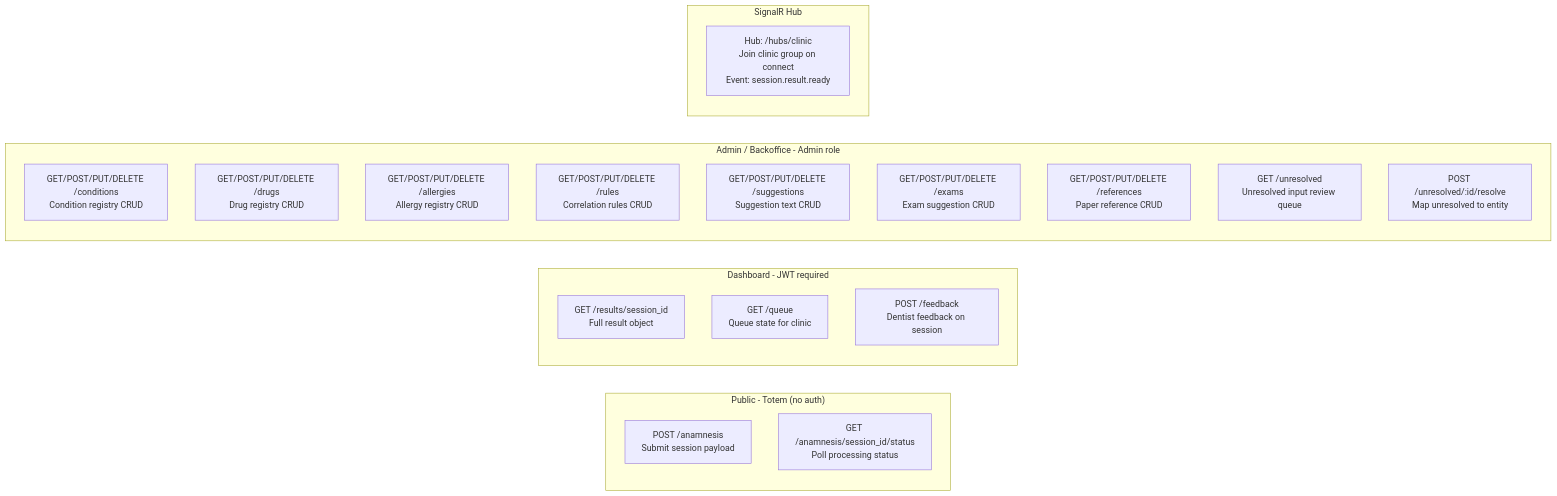
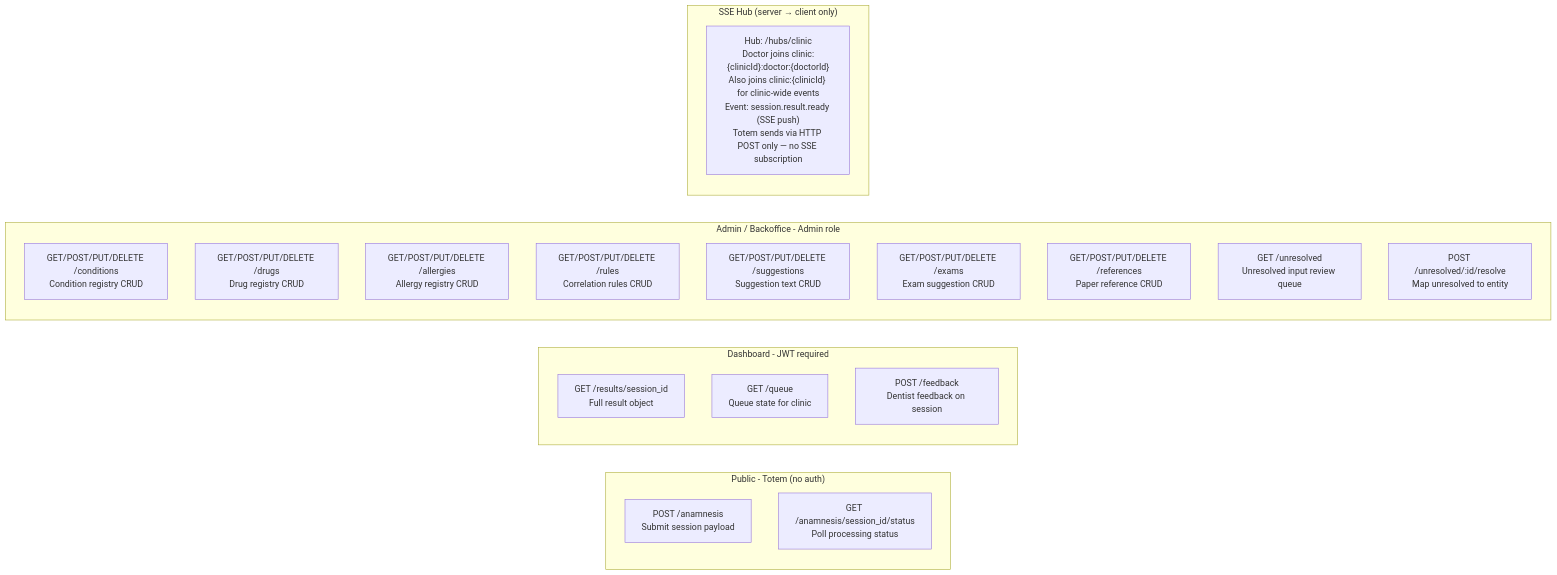
Before and after one commit to bobffortes/IAnamnesis: the third of 9 diagrams in docs/Backend-Alg-Deep-Dive.md, drawn with Mermaid. The commit also changed other lines of this file and 3 other files, not shown here.

Commit message:
docs: update strategies and architecture

````diff
--- a/docs/Backend-Alg-Deep-Dive.md
+++ b/docs/Backend-Alg-Deep-Dive.md
@@ -308,29 +393,29 @@
 ```mermaid
 flowchart LR
   subgraph Public ["Public - Totem (no auth)"]
     P1["POST /anamnesis<br/>Submit session payload"]
     P2["GET /anamnesis/session_id/status<br/>Poll processing status"]
   end
 
   subgraph Dashboard ["Dashboard - JWT required"]
     D1["GET /results/session_id<br/>Full result object"]
     D2["GET /queue<br/>Queue state for clinic"]
     D3["POST /feedback<br/>Dentist feedback on session"]
   end
 
   subgraph Admin ["Admin / Backoffice - Admin role"]
     A1["GET/POST/PUT/DELETE /conditions<br/>Condition registry CRUD"]
     A2["GET/POST/PUT/DELETE /drugs<br/>Drug registry CRUD"]
     A3["GET/POST/PUT/DELETE /allergies<br/>Allergy registry CRUD"]
     A4["GET/POST/PUT/DELETE /rules<br/>Correlation rules CRUD"]
     A5["GET/POST/PUT/DELETE /suggestions<br/>Suggestion text CRUD"]
     A6["GET/POST/PUT/DELETE /exams<br/>Exam suggestion CRUD"]
     A7["GET/POST/PUT/DELETE /references<br/>Paper reference CRUD"]
     A8["GET /unresolved<br/>Unresolved input review queue"]
     A9["POST /unresolved/:id/resolve<br/>Map unresolved to entity"]
   end
 
-  subgraph SignalR ["SignalR Hub"]
-    H1["Hub: /hubs/clinic<br/>Join clinic group on connect<br/>Event: session.result.ready"]
+  subgraph SSE ["SSE Hub (server → client only)"]
+    H1["Hub: /hubs/clinic<br/>Doctor joins clinic:{clinicId}:doctor:{doctorId}<br/>Also joins clinic:{clinicId} for clinic-wide events<br/>Event: session.result.ready (SSE push)<br/>Totem sends via HTTP POST only — no SSE subscription"]
   end
 ```
````
